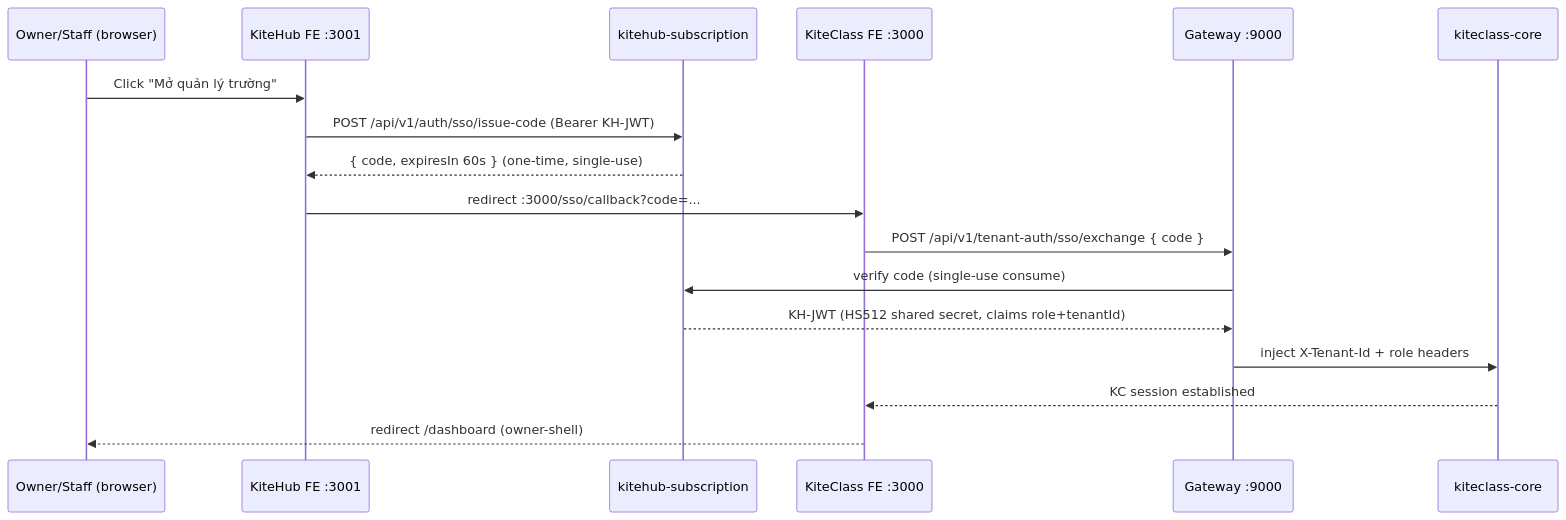
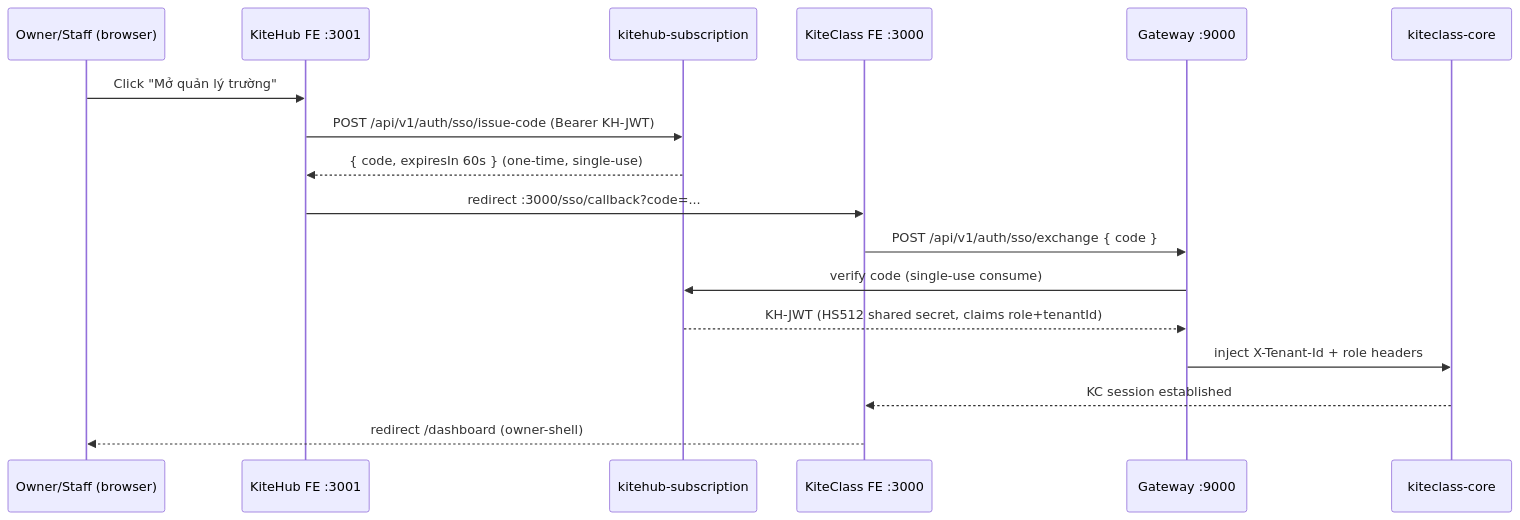
One commit to VictorAurelius/2026-Kite-Class-Platform changed the diagram in documents/02-architecture/adr/ADR-040-cross-product-sso-kh-kc.md. Above: the diagram before and after it, drawn with Mermaid. The commit also changed other lines of this file and 6 other files, not shown here.

````diff
--- a/documents/02-architecture/adr/ADR-040-cross-product-sso-kh-kc.md
+++ b/documents/02-architecture/adr/ADR-040-cross-product-sso-kh-kc.md
@@ -41,20 +41,20 @@
 ```mermaid
 sequenceDiagram
     participant U as Owner/Staff (browser)
     participant KHFE as KiteHub FE :3001
     participant SUB as kitehub-subscription
     participant KCFE as KiteClass FE :3000
     participant GW as Gateway :9000
     participant KC as kiteclass-core
 
     U->>KHFE: Click "Mở quản lý trường"
     KHFE->>SUB: POST /api/v1/auth/sso/issue-code (Bearer KH-JWT)
     SUB-->>KHFE: { code, expiresIn 60s } (one-time, single-use)
     KHFE->>KCFE: redirect :3000/sso/callback?code=...
-    KCFE->>GW: POST /api/v1/tenant-auth/sso/exchange { code }
+    KCFE->>GW: POST /api/v1/auth/sso/exchange { code }
     GW->>SUB: verify code (single-use consume)
     SUB-->>GW: KH-JWT (HS512 shared secret, claims role+tenantId)
     GW->>KC: inject X-Tenant-Id + role headers
     KC-->>KCFE: KC session established
     KCFE-->>U: redirect /dashboard (owner-shell)
 ```
````
